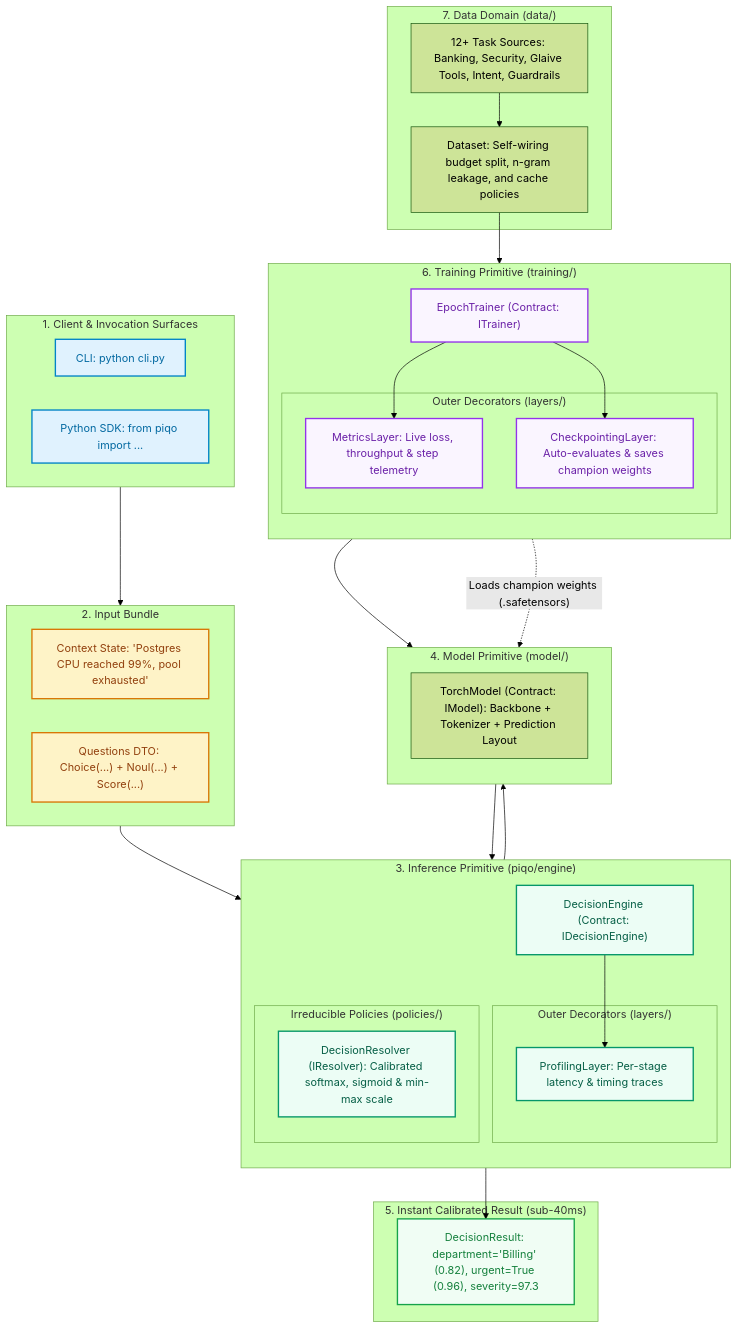
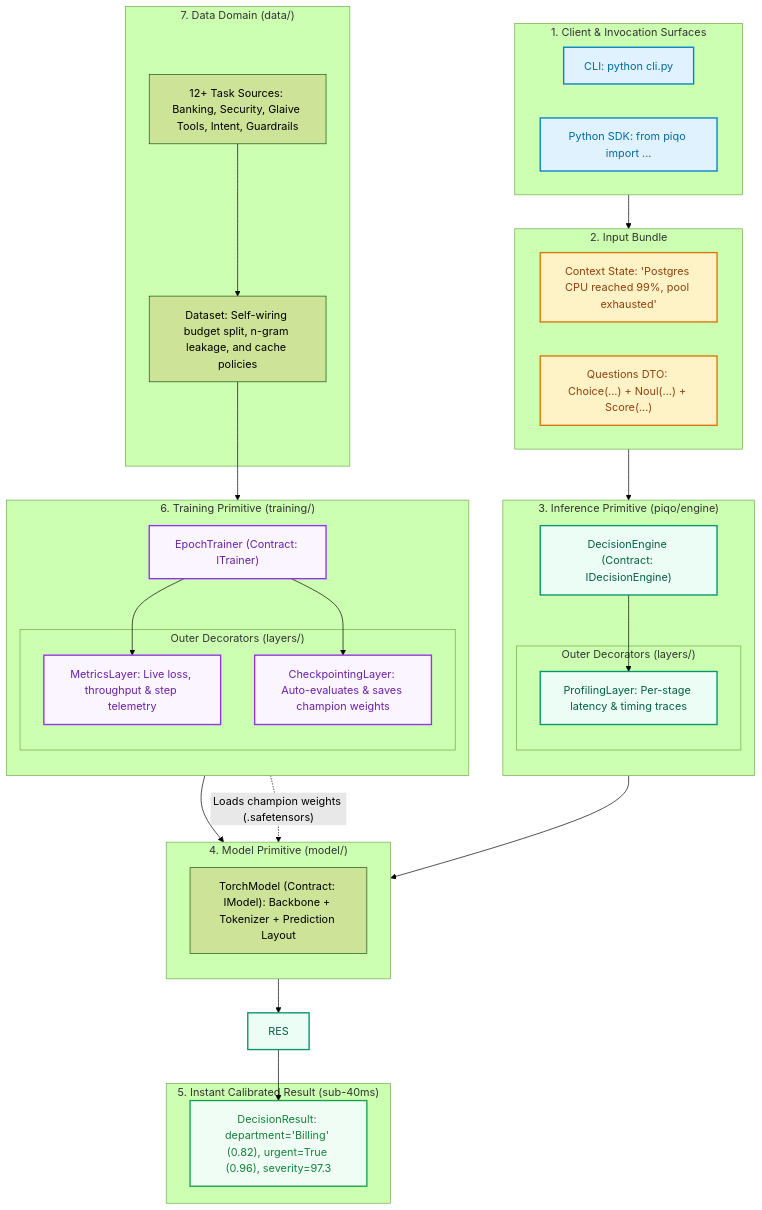
Before and after one commit to MrRazor22/NanoLLM: the diagram in README.md, drawn with Mermaid (forest theme). The commit also changed other lines of this file and 5 other files, not shown here.

````diff
--- a/README.md
+++ b/README.md
@@ -9,80 +9,76 @@
 ```mermaid
 flowchart TD
     classDef client fill:#e0f2fe,stroke:#0284c7,stroke-width:2px,color:#0369a1;
     classDef input fill:#fef3c7,stroke:#d97706,stroke-width:2px,color:#92400e;
     classDef engine fill:#ecfdf5,stroke:#059669,stroke-width:2px,color:#065f46;
     classDef output fill:#f0fdf4,stroke:#16a34a,stroke-width:2px,color:#15803d;
     classDef trainer fill:#faf5ff,stroke:#9333ea,stroke-width:2px,color:#6b21a8;
     classDef curriculum fill:#fff1f2,stroke:#e11d48,stroke-width:2px,color:#9f1239;
 
     subgraph Client ["1. Client & Invocation Surfaces"]
         CLI["CLI: python cli.py"]
         SDK["Python SDK: from piqo import ..."]
     end
 
     subgraph Inputs ["2. Input Bundle"]
         CTX["Context State: 'Postgres CPU reached 99%, pool exhausted'"]
         QS["Questions DTO: Choice(...) + Noul(...) + Score(...)"]
     end
 
     subgraph InferencePrimitive ["3. Inference Primitive (piqo/engine)"]
         direction TB
         DE["DecisionEngine (Contract: IDecisionEngine)"]
 
         subgraph InfLayers ["Outer Decorators (layers/)"]
             PROF["ProfilingLayer: Per-stage latency & timing traces"]
-        end
-
-        subgraph InfPolicies ["Irreducible Policies (policies/)"]
-            RES["DecisionResolver (IResolver): Calibrated softmax, sigmoid & min-max scale"]
         end
     end
 
     subgraph ModelPrimitive ["4. Model Primitive (model/)"]
         direction TB
         MODEL["TorchModel (Contract: IModel): Backbone + Tokenizer + Prediction Layout"]
     end
 
     subgraph Outputs ["5. Instant Calibrated Result (sub-40ms)"]
         RES_OUT["DecisionResult: department='Billing' (0.82), urgent=True (0.96), severity=97.3"]
     end
 
     subgraph TrainingPrimitive ["6. Training Primitive (training/)"]
         direction TB
         ET["EpochTrainer (Contract: ITrainer)"]
 
         subgraph TrainLayers ["Outer Decorators (layers/)"]
             METRICS["MetricsLayer: Live loss, throughput & step telemetry"]
             CKPT["CheckpointingLayer: Auto-evaluates & saves champion weights"]
         end
     end
 
     subgraph DataEngine ["7. Data Domain (data/)"]
         SOURCES["12+ Task Sources: Banking, Security, Glaive Tools, Intent, Guardrails"]
         TDS["Dataset: Self-wiring budget split, n-gram leakage, and cache policies"]
     end
 
     %% Inference Flow
     Client --> Inputs
     Inputs --> DE
     DE --> PROF
     PROF --> MODEL
     MODEL --> RES
     RES --> RES_OUT
 
     %% Training Flow
     SOURCES --> TDS
     TDS --> ET
     ET --> MODEL
     ET --> METRICS
     ET --> CKPT
     CKPT -. "Loads champion weights (.safetensors)" .-> MODEL
 
     class CLI,SDK client;
     class CTX,QS input;
     class DE,PROF,RES engine;
     class MODEL,LOSS model;
     class RES_OUT output;
     class ET,METRICS,CKPT trainer;
     class SOURCES,TDS data;
 ```
````
